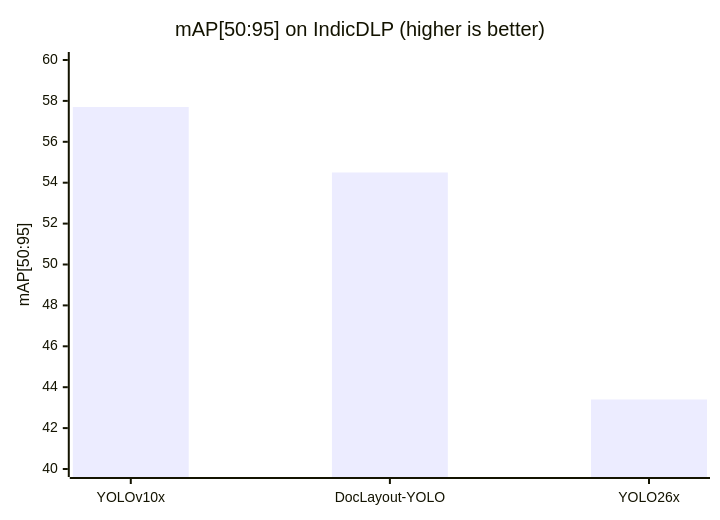
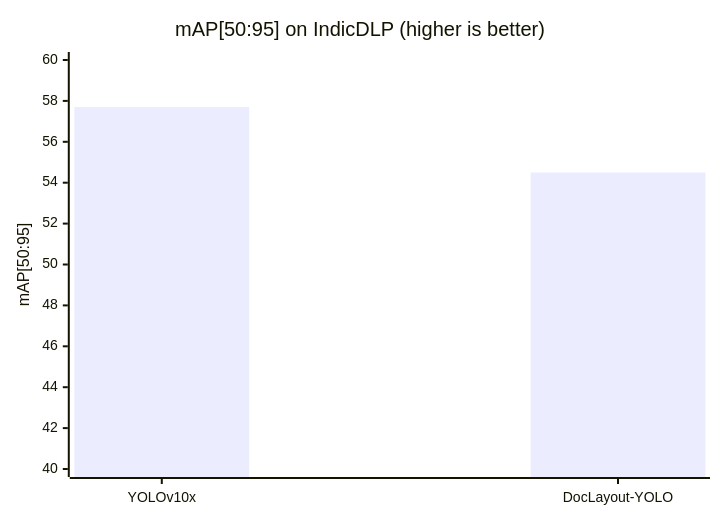
One commit to RajdipDhar2007/IndicDLP-Live-Layout-Studio changed the sixth of 6 diagrams in README.md. Above: the diagram before and after it, drawn with Mermaid. The commit also changed other lines of this file and 6 other files, not shown here.

````diff
--- a/README.md
+++ b/README.md
@@ -676,7 +666,7 @@
 ```mermaid
 xychart-beta
     title "mAP[50:95] on IndicDLP (higher is better)"
-    x-axis ["YOLOv10x", "DocLayout-YOLO", "YOLO26x"]
+    x-axis ["YOLOv10x", "DocLayout-YOLO"]
     y-axis "mAP[50:95]" 40 --> 60
-    bar [57.7, 54.5, 43.4]
+    bar [57.7, 54.5]
 ```
````
